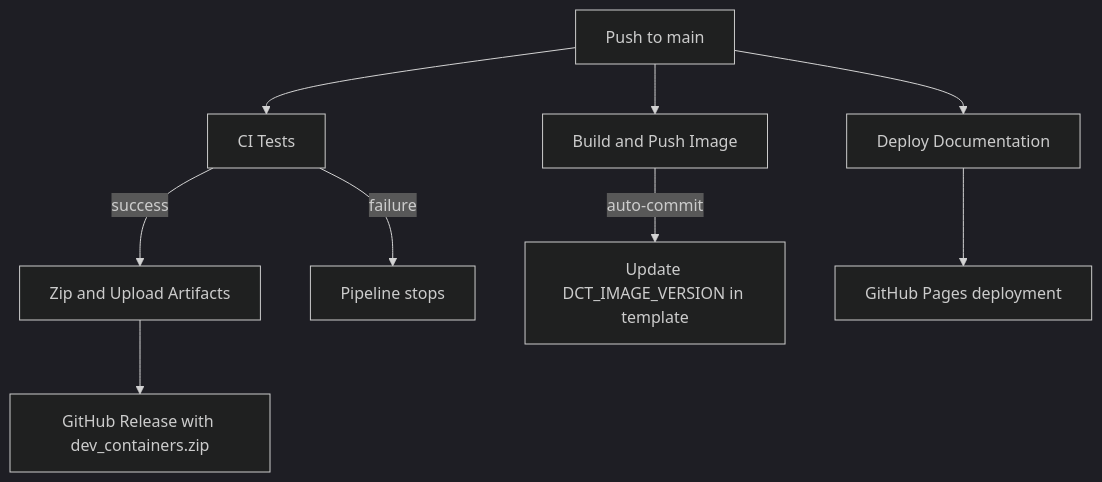
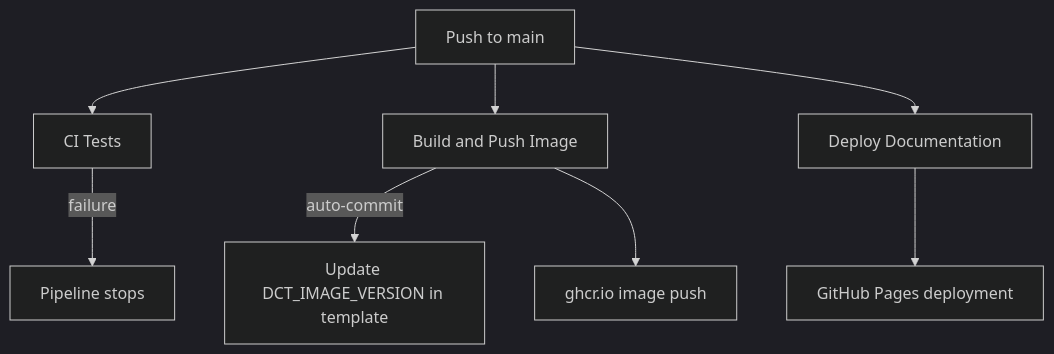
One commit to terchris/devcontainer-toolbox changed the first of 3 diagrams in website/docs/contributors/architecture/ci-pipeline.md. Above: the diagram before and after it, drawn with Mermaid (dark theme). The commit also changed other lines of this file and 11 other files, not shown here.

````diff
--- a/website/docs/contributors/architecture/ci-pipeline.md
+++ b/website/docs/contributors/architecture/ci-pipeline.md
@@ -13,12 +13,11 @@
 ```mermaid
 flowchart TD
     Push[Push to main] --> CI[CI Tests]
     Push --> Build[Build and Push Image]
     Push --> Docs[Deploy Documentation]
-    CI -->|success| Zip[Zip and Upload Artifacts]
     CI -->|failure| Stop[Pipeline stops]
-    
+
     Build -->|auto-commit| Template[Update DCT_IMAGE_VERSION in template]
-    Zip --> Release[GitHub Release with dev_containers.zip]
+    Build --> Registry[ghcr.io image push]
     Docs --> Pages[GitHub Pages deployment]
 ```
````
